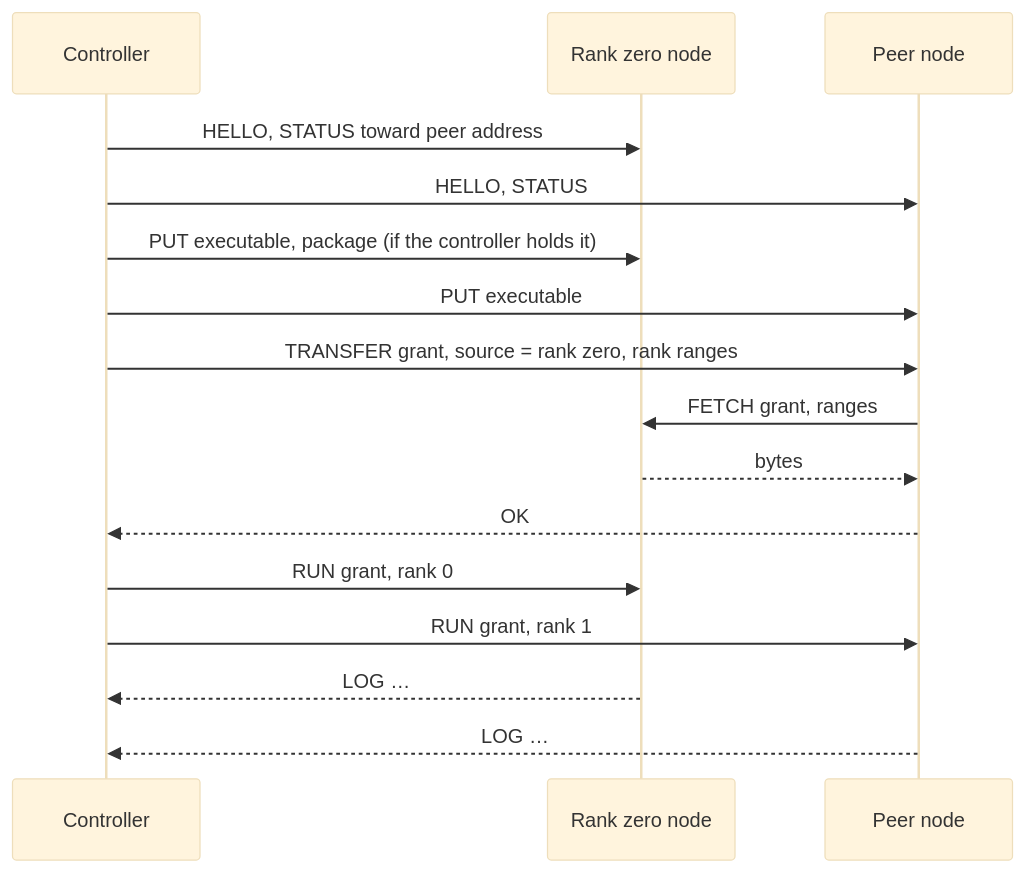
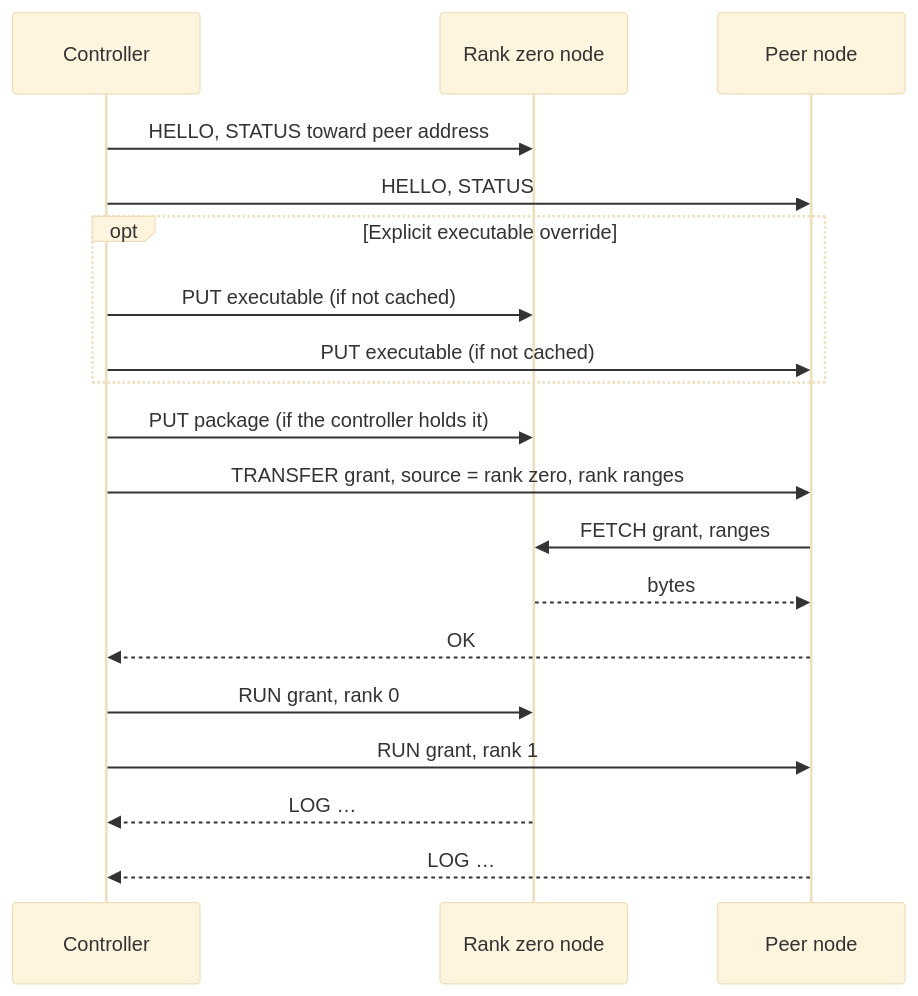
Before and after one commit to Atlas3DSS/flare-local-inference: the diagram in docs/orbit.md, drawn with Mermaid (base theme). The commit also changed other lines of this file and 4 other files, not shown here.

````diff
--- a/docs/orbit.md
+++ b/docs/orbit.md
@@ -291,18 +291,21 @@
 ```mermaid
 sequenceDiagram
     participant C as Controller
     participant Z as Rank zero node
     participant P as Peer node
     C->>Z: HELLO, STATUS toward peer address
     C->>P: HELLO, STATUS
-    C->>Z: PUT executable, package (if the controller holds it)
-    C->>P: PUT executable
+    opt Explicit executable override
+        C->>Z: PUT executable (if not cached)
+        C->>P: PUT executable (if not cached)
+    end
+    C->>Z: PUT package (if the controller holds it)
     C->>P: TRANSFER grant, source = rank zero, rank ranges
     P->>Z: FETCH grant, ranges
     Z-->>P: bytes
     P-->>C: OK
     C->>Z: RUN grant, rank 0
     C->>P: RUN grant, rank 1
     Z-->>C: LOG …
     P-->>C: LOG …
 ```
````
